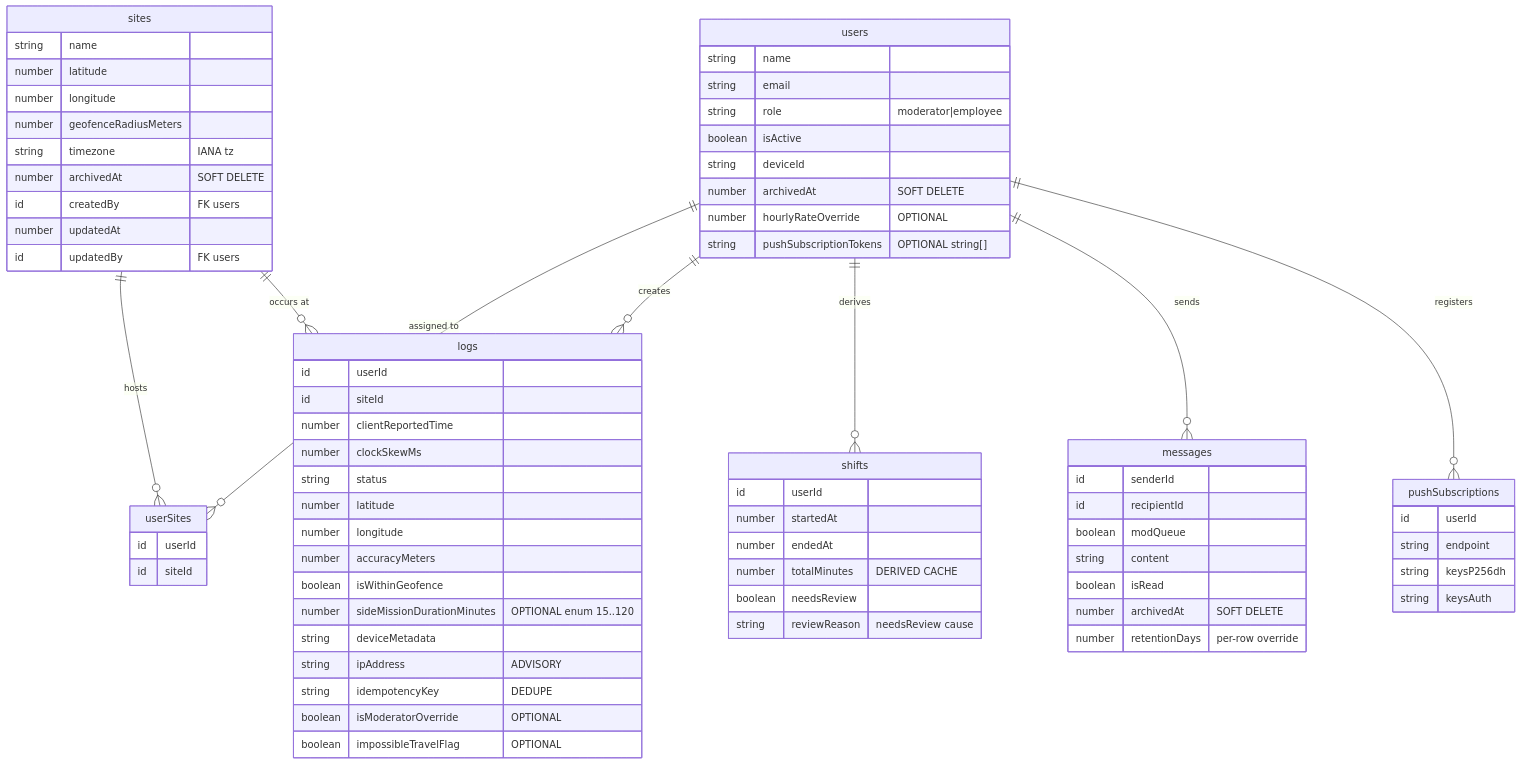
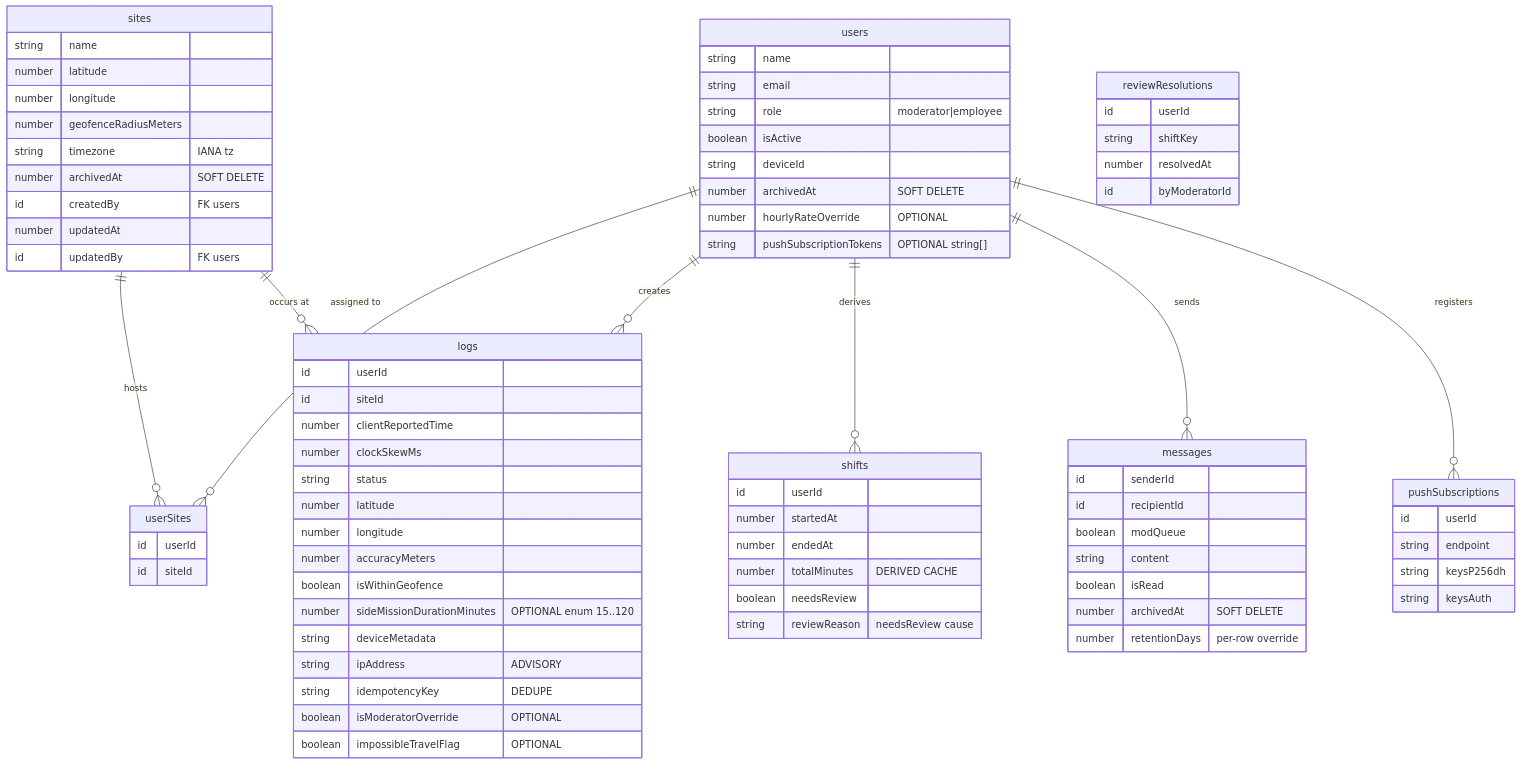
One commit to TeacherEvan/J-pay changed the second of 5 diagrams in j-pay.md. Above: the diagram before and after it, drawn with Mermaid. The commit also changed other lines of this file and 11 other files, not shown here.

Commit message:
fix(j-pay): close authz holes + duplicate-paid-time risks — guard moderator queries, internal-ize user lookups, indexed idempotency, resolution persistence, HMAC secret guard

````diff
--- a/j-pay.md
+++ b/j-pay.md
@@ -332,76 +342,82 @@
 ```mermaid
 erDiagram
     users ||--o{ userSites : "assigned to"
     sites ||--o{ userSites : "hosts"
     users ||--o{ logs : "creates"
     sites ||--o{ logs : "occurs at"
     users ||--o{ shifts : "derives"
     users ||--o{ messages : "sends"
     users ||--o{ pushSubscriptions : "registers"
 
     users {
         string name
         string email
         string role "moderator|employee"
         boolean isActive
         string deviceId
         number archivedAt "SOFT DELETE"
         number hourlyRateOverride "OPTIONAL"
         string pushSubscriptionTokens "OPTIONAL string[]"
     }
     sites {
         string name
         number latitude
         number longitude
         number geofenceRadiusMeters
         string timezone "IANA tz"
         number archivedAt "SOFT DELETE"
         id createdBy "FK users"
         number updatedAt
         id updatedBy "FK users"
     }
     userSites {
         id userId
         id siteId
     }
     logs {
         id userId
         id siteId
         number clientReportedTime
         number clockSkewMs
         string status
         number latitude
         number longitude
         number accuracyMeters
         boolean isWithinGeofence
         number sideMissionDurationMinutes "OPTIONAL enum 15..120"
         string deviceMetadata
         string ipAddress "ADVISORY"
         string idempotencyKey "DEDUPE"
         boolean isModeratorOverride "OPTIONAL"
         boolean impossibleTravelFlag "OPTIONAL"
     }
     shifts {
         id userId
         number startedAt
         number endedAt
         number totalMinutes "DERIVED CACHE"
         boolean needsReview
         string reviewReason "needsReview cause"
     }
     messages {
         id senderId
         id recipientId
         boolean modQueue
         string content
         boolean isRead
         number archivedAt "SOFT DELETE"
         number retentionDays "per-row override"
     }
     pushSubscriptions {
         id userId
         string endpoint
         string keysP256dh
         string keysAuth
     }
+    reviewResolutions {
+        id userId
+        string shiftKey
+        number resolvedAt
+        id byModeratorId
+    }
 ```
````
